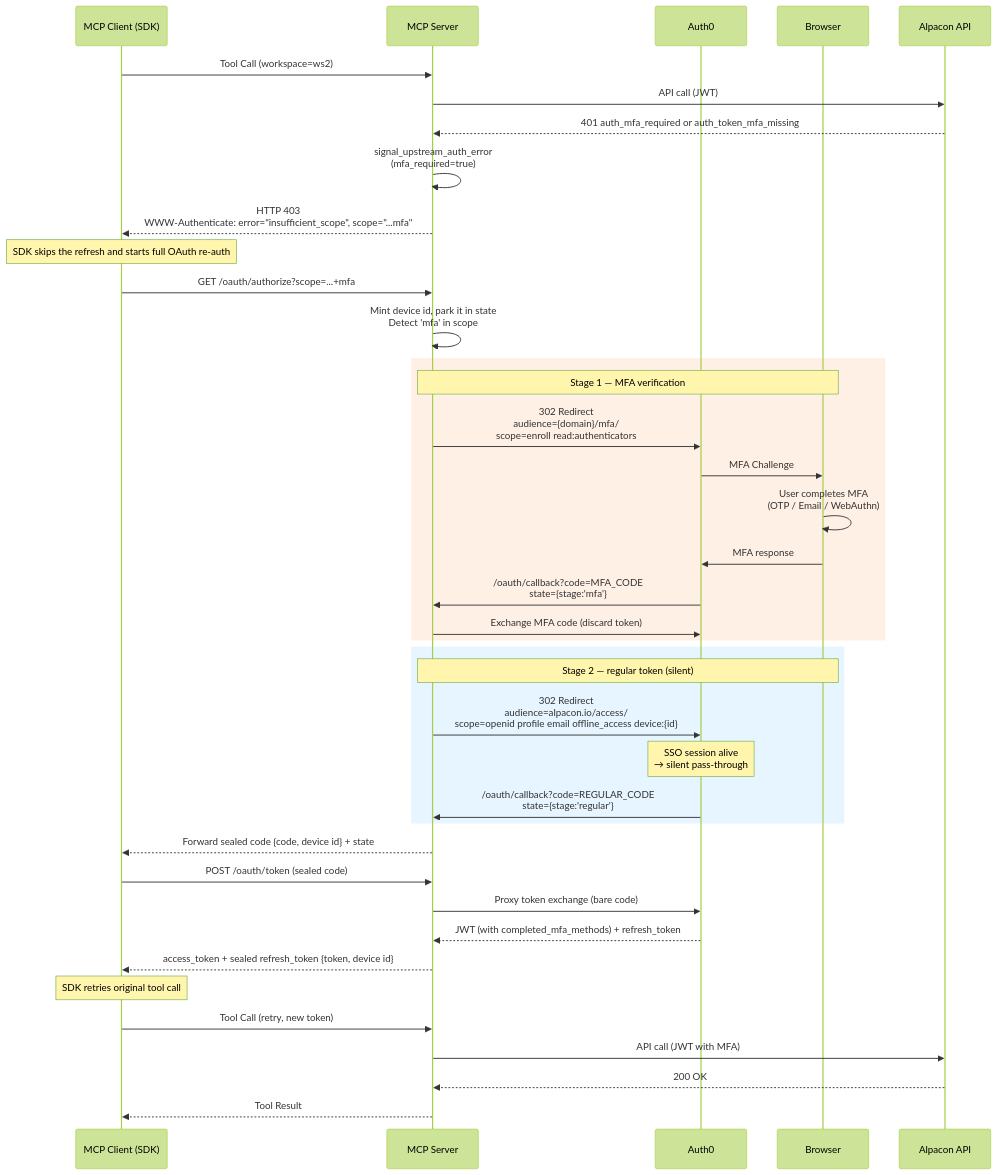
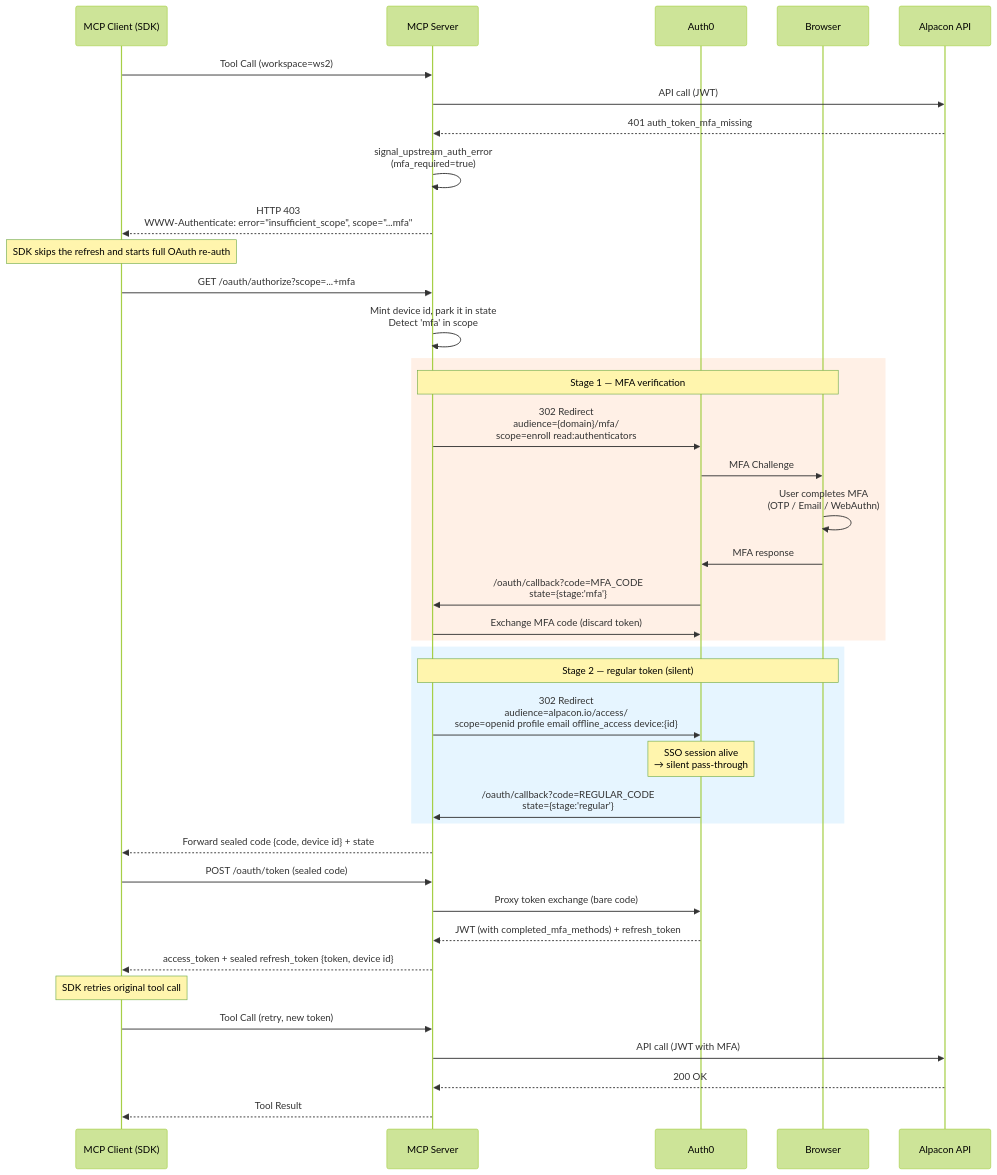
The third of 3 diagrams in docs/mfa-reauth-flow.md (alpacax/alpacon-mcp), drawn with Mermaid (forest theme) before and after one commit. The commit also changed other lines of this file and 11 other files, not shown here.

First line of the commit message:
feat(mfa): answer auth_mfa_required with an MFA link in the tool result (#427)

````diff
--- a/docs/mfa-reauth-flow.md
+++ b/docs/mfa-reauth-flow.md
@@ -29,50 +61,50 @@
 ```mermaid
 sequenceDiagram
     participant C as MCP Client (SDK)
     participant S as MCP Server
     participant A0 as Auth0
     participant B as Browser
     participant API as Alpacon API
 
     C->>S: Tool Call (workspace=ws2)
     S->>API: API call (JWT)
-    API-->>S: 401 auth_mfa_required or auth_token_mfa_missing
+    API-->>S: 401 auth_token_mfa_missing
 
     S->>S: signal_upstream_auth_error<br/>(mfa_required=true)
     S-->>C: HTTP 403<br/>WWW-Authenticate: error="insufficient_scope", scope="...mfa"
 
     Note over C: SDK skips the refresh and starts full OAuth re-auth
 
     C->>S: GET /oauth/authorize?scope=...+mfa
     S->>S: Mint device id, park it in state<br/>Detect 'mfa' in scope
 
     rect rgb(255, 240, 230)
         Note over S,B: Stage 1 — MFA verification
         S->>A0: 302 Redirect<br/>audience={domain}/mfa/<br/>scope=enroll read:authenticators
         A0->>B: MFA Challenge
         B->>B: User completes MFA<br/>(OTP / Email / WebAuthn)
         B->>A0: MFA response
         A0->>S: /oauth/callback?code=MFA_CODE<br/>state={stage:'mfa'}
         S->>A0: Exchange MFA code (discard token)
     end
 
     rect rgb(230, 245, 255)
         Note over S,B: Stage 2 — regular token (silent)
         S->>A0: 302 Redirect<br/>audience=alpacon.io/access/<br/>scope=openid profile email offline_access device:{id}
         Note over A0: SSO session alive<br/>→ silent pass-through
         A0->>S: /oauth/callback?code=REGULAR_CODE<br/>state={stage:'regular'}
     end
 
     S-->>C: Forward sealed code {code, device id} + state
     C->>S: POST /oauth/token (sealed code)
     S->>A0: Proxy token exchange (bare code)
     A0-->>S: JWT (with completed_mfa_methods) + refresh_token
     S-->>C: access_token + sealed refresh_token {token, device id}
 
     Note over C: SDK retries original tool call
 
     C->>S: Tool Call (retry, new token)
     S->>API: API call (JWT with MFA)
     API-->>S: 200 OK
     S-->>C: Tool Result
 ```
````
